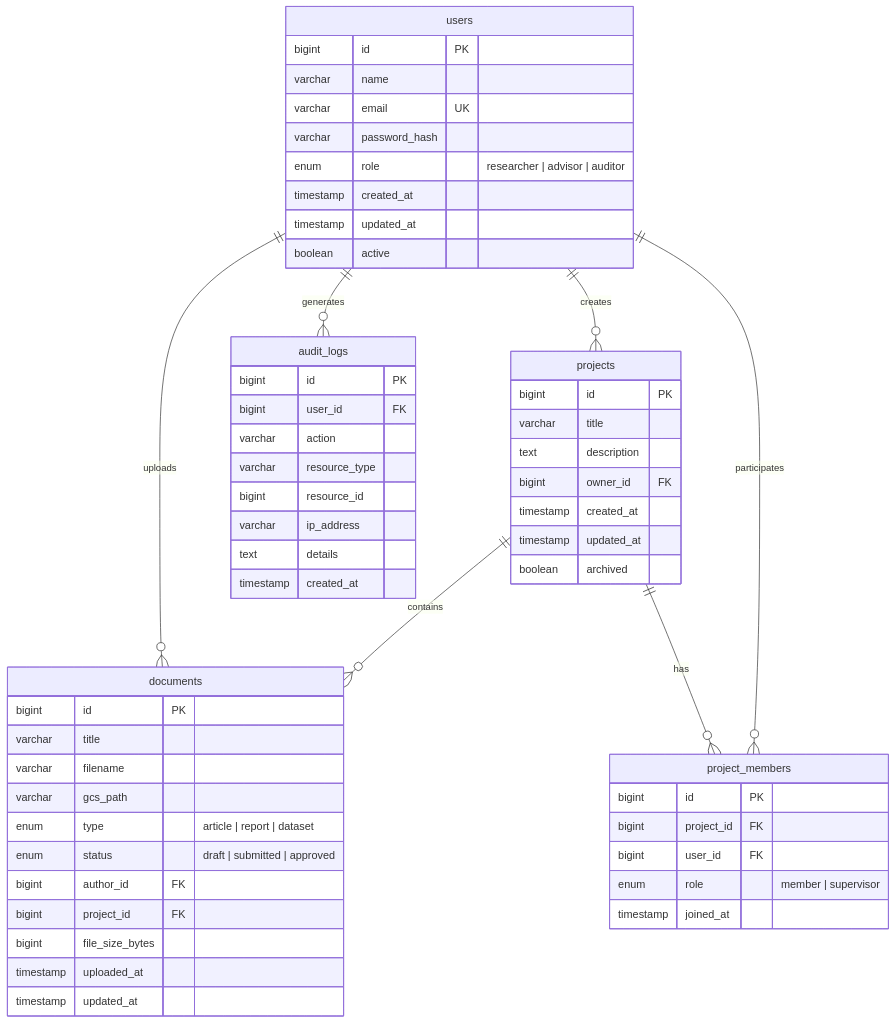
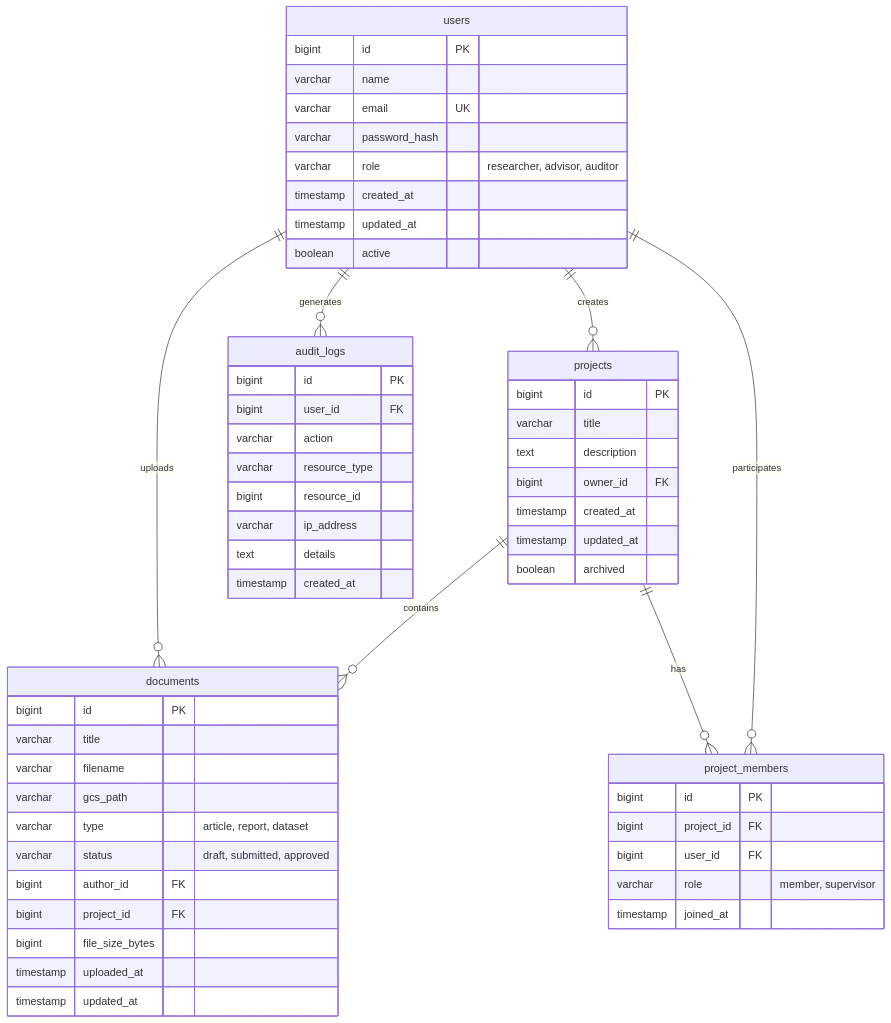
The first of 2 diagrams in docs/arquitetura/banco.md (pedrohpsantos/EdTech), drawn with Mermaid before and after one commit. The commit also changed other lines of this file and 5 other files, not shown here.

Commit message:
chore: refactor documentation Mermaid diagrams, update project metadata, and standardize schema types

````diff
--- a/docs/arquitetura/banco.md
+++ b/docs/arquitetura/banco.md
@@ -10,63 +9,63 @@
 ```mermaid
 erDiagram
     users ||--o{ documents : "uploads"
     users ||--o{ projects : "creates"
     users ||--o{ audit_logs : "generates"
     projects ||--o{ documents : "contains"
     projects ||--o{ project_members : "has"
     users ||--o{ project_members : "participates"
 
     users {
         bigint id PK
         varchar name
         varchar email UK
         varchar password_hash
-        enum role "researcher | advisor | auditor"
+        varchar role "researcher, advisor, auditor"
         timestamp created_at
         timestamp updated_at
         boolean active
     }
 
     projects {
         bigint id PK
         varchar title
         text description
         bigint owner_id FK
         timestamp created_at
         timestamp updated_at
         boolean archived
     }
 
     project_members {
         bigint id PK
         bigint project_id FK
         bigint user_id FK
-        enum role "member | supervisor"
+        varchar role "member, supervisor"
         timestamp joined_at
     }
 
     documents {
         bigint id PK
         varchar title
         varchar filename
         varchar gcs_path
-        enum type "article | report | dataset"
-        enum status "draft | submitted | approved"
+        varchar type "article, report, dataset"
+        varchar status "draft, submitted, approved"
         bigint author_id FK
         bigint project_id FK
         bigint file_size_bytes
         timestamp uploaded_at
         timestamp updated_at
     }
 
     audit_logs {
         bigint id PK
         bigint user_id FK
         varchar action
         varchar resource_type
         bigint resource_id
         varchar ip_address
         text details
         timestamp created_at
     }
 ```
````
